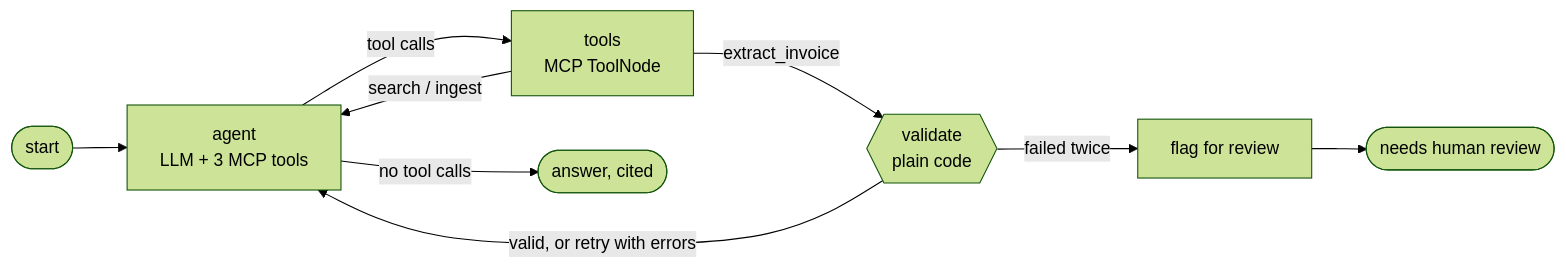
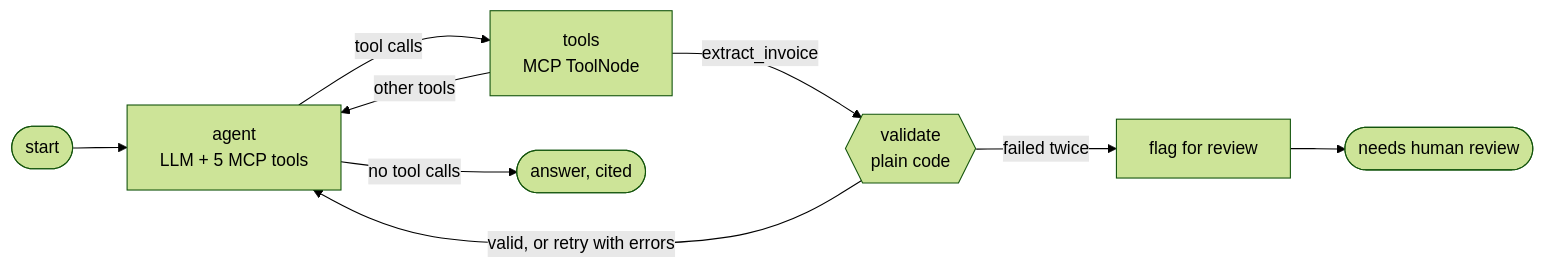
One commit to rohitjondhalems/invoicelens-mcp changed the second of 2 diagrams in README.md. Above: the diagram before and after it, drawn with Mermaid (forest theme). The commit also changed other lines of this file and 11 other files, not shown here.

First line of the commit message:
Add vendor research tools: company financials (FMP) and web search (Tavily)

````diff
--- a/README.md
+++ b/README.md
@@ -51,10 +56,10 @@
 ```mermaid
 flowchart LR
-    S([start]) --> A[agent<br/>LLM + 3 MCP tools]
+    S([start]) --> A[agent<br/>LLM + 5 MCP tools]
     A -- tool calls --> T[tools<br/>MCP ToolNode]
     A -- no tool calls --> E([answer, cited])
     T -- extract_invoice --> V{{validate<br/>plain code}}
-    T -- search / ingest --> A
+    T -- other tools --> A
     V -- valid, or retry with errors --> A
     V -- failed twice --> R[flag for review] --> E2([needs human review])
 ```
````
